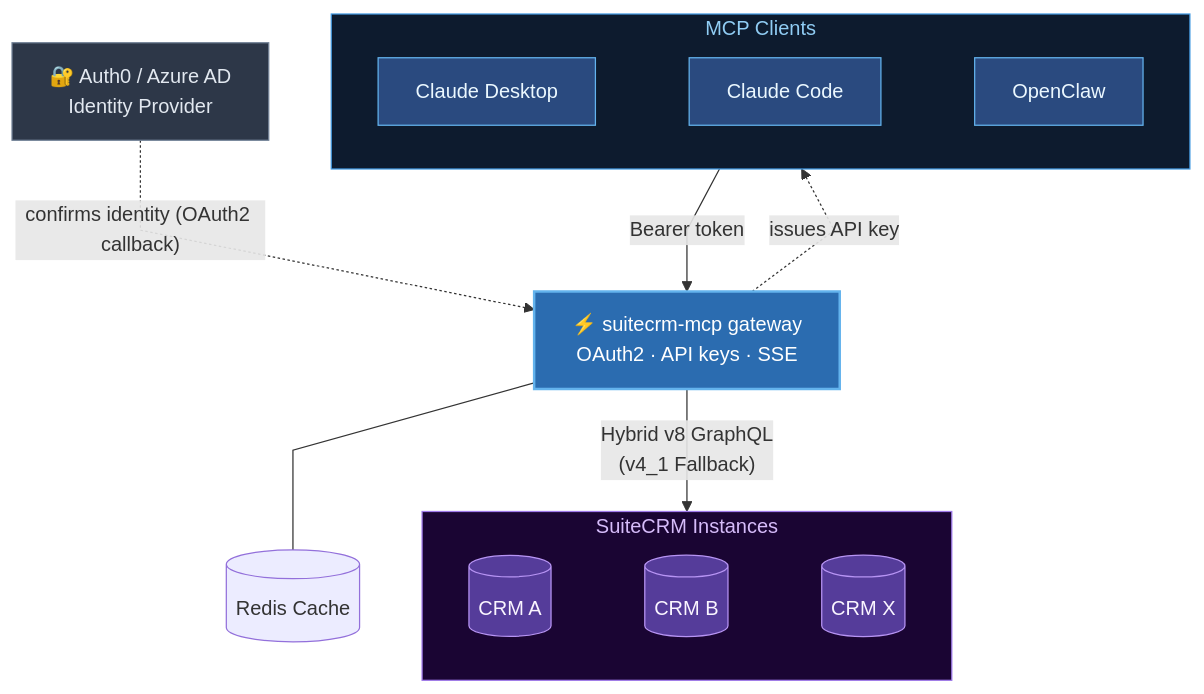
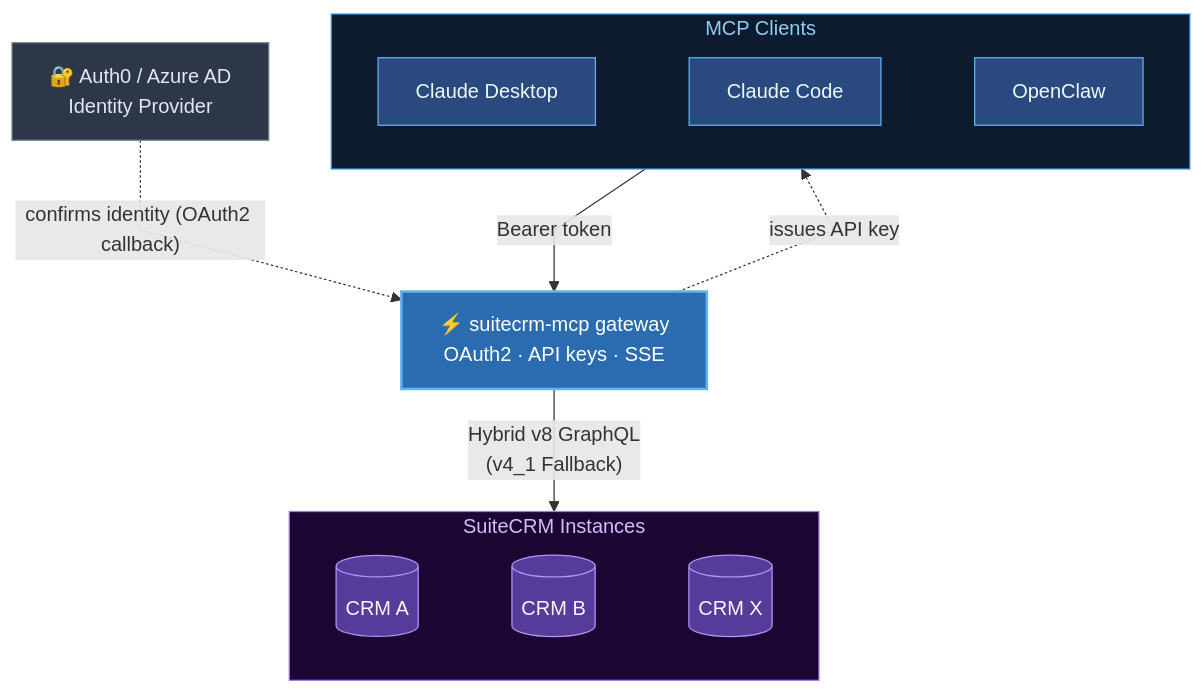
One commit to Anirudhx7/suitecrm-mcp changed the diagram in README.md. Above: the diagram before and after it, drawn with Mermaid.

Commit message:
docs: remove Redis from architecture diagram (internal to gateway)

````diff
--- a/README.md
+++ b/README.md
@@ -129,32 +129,31 @@
 ```mermaid
 %%{init: {"flowchart": {"curve": "linear"}}}%%
 flowchart TB
     IdP["🔐 Auth0 / Azure AD\nIdentity Provider"]
 
     subgraph Clients["MCP Clients"]
         CD["Claude Desktop"] ~~~ CC["Claude Code"] ~~~ OC["OpenClaw"]
     end
 
     GW["⚡ suitecrm-mcp gateway\nOAuth2 · API keys · SSE"]
 
     subgraph CRMs["SuiteCRM Instances"]
         C1[("CRM A")] ~~~ C2[("CRM B")] ~~~ CX[("CRM X")]
     end
 
     IdP -.->|"confirms identity (OAuth2 callback)"| GW
     GW -.->|"issues API key"| Clients
     Clients -->|"Bearer token"| GW
     GW -->|"Hybrid v8 GraphQL\n(v4_1 Fallback)"| CRMs
-    GW --- Redis[(Redis Cache)]
 
     style GW fill:#2b6cb0,stroke:#63b3ed,stroke-width:2px,color:#fff
     style IdP fill:#2d3748,stroke:#718096,color:#e2e8f0
     style CD fill:#2a4a7f,stroke:#63b3ed,stroke-width:1px,color:#ebf8ff
     style CC fill:#2a4a7f,stroke:#63b3ed,stroke-width:1px,color:#ebf8ff
     style OC fill:#2a4a7f,stroke:#63b3ed,stroke-width:1px,color:#ebf8ff
     style C1 fill:#553c9a,stroke:#b794f4,stroke-width:1px,color:#faf5ff
     style C2 fill:#553c9a,stroke:#b794f4,stroke-width:1px,color:#faf5ff
     style CX fill:#553c9a,stroke:#b794f4,stroke-width:1px,color:#faf5ff
     style Clients fill:#0d1b2e,stroke:#4299e1,stroke-width:1px,color:#90cdf4
     style CRMs fill:#1a0533,stroke:#9f7aea,stroke-width:1px,color:#d6bcfa
 ```
````
